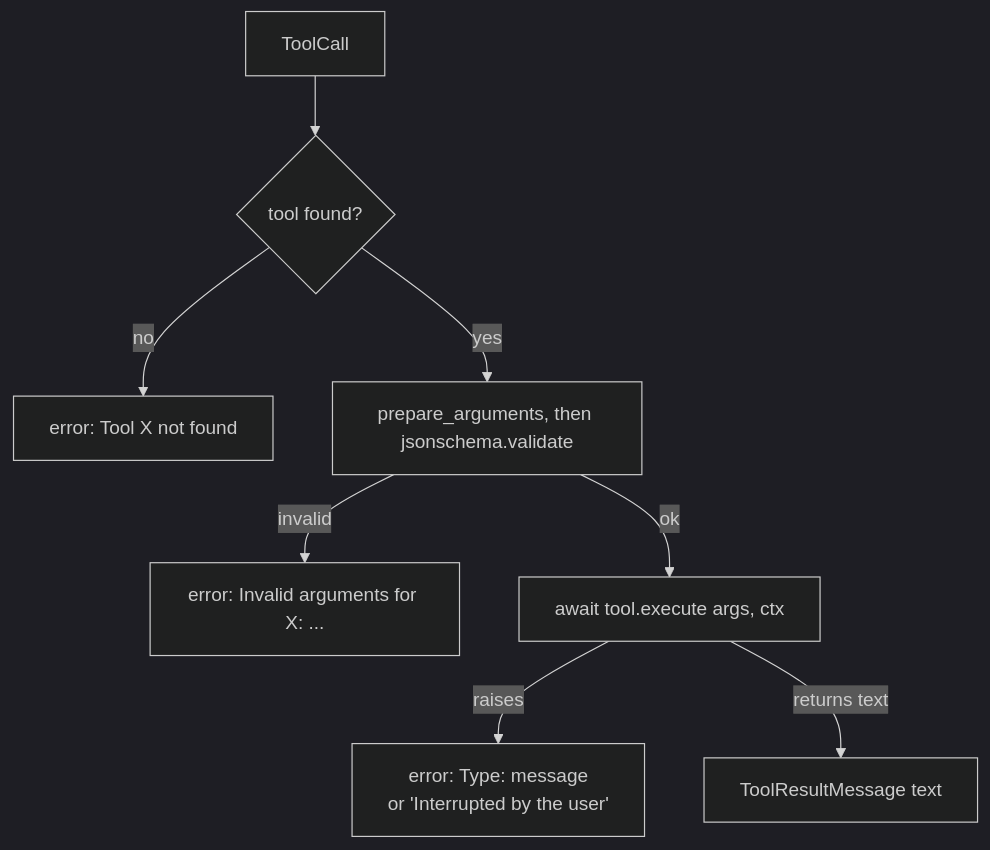
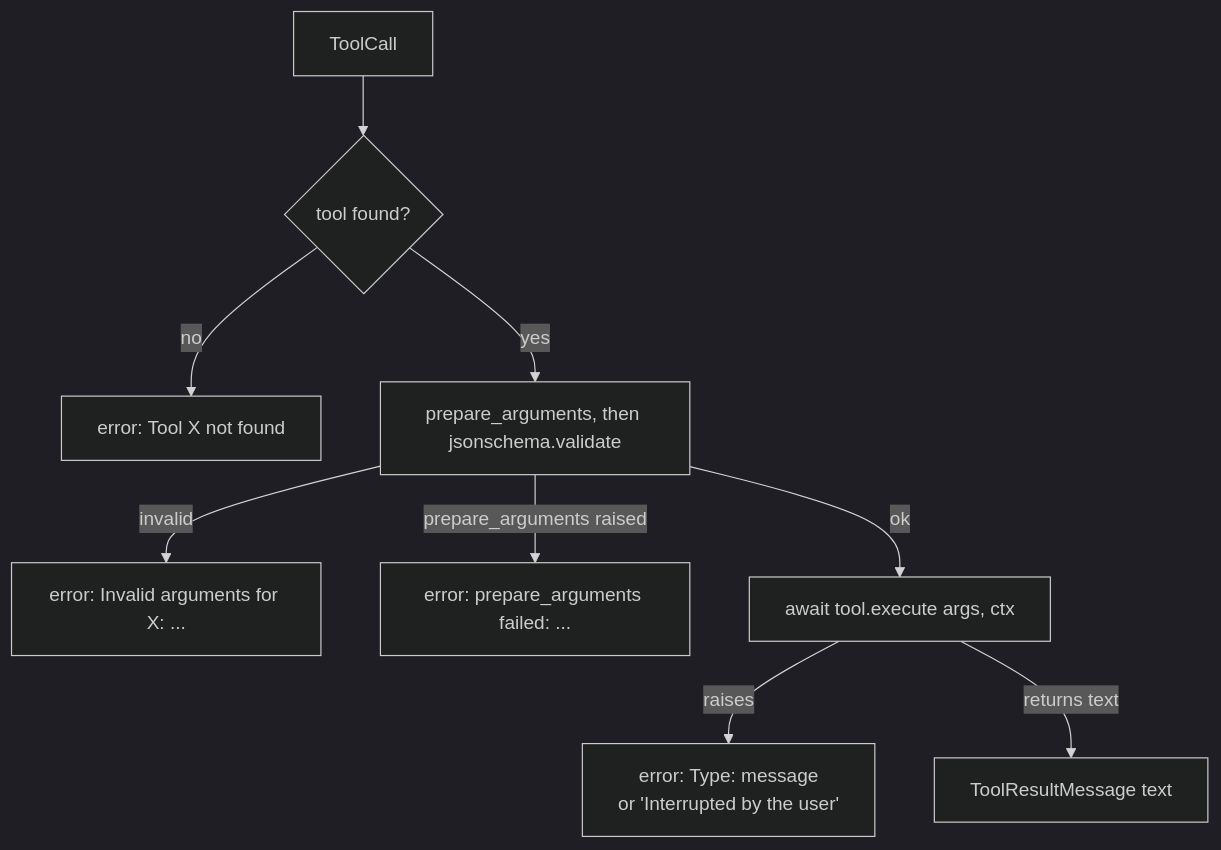
One commit to danhugo/simp-agent changed the third of 4 diagrams in docs/guidebook/05-agent-loop.md. Above: the diagram before and after it, drawn with Mermaid (dark theme). The commit also changed other lines of this file and 2 other files, not shown here.

Commit message:
guidebook ch05: fix message count, README example, run_tool/agent_loop names, abort check, diagram

````diff
--- a/docs/guidebook/05-agent-loop.md
+++ b/docs/guidebook/05-agent-loop.md
@@ -280,10 +280,11 @@
 ```mermaid
 flowchart TD
     A[ToolCall] --> B{tool found?}
     B -- no --> E1["error: Tool X not found"]
     B -- yes --> C[prepare_arguments, then jsonschema.validate]
     C -- invalid --> E2["error: Invalid arguments for X: ..."]
+    C -- prepare_arguments raised --> E4["error: prepare_arguments failed: ..."]
     C -- ok --> D[await tool.execute args, ctx]
     D -- raises --> E3["error: Type: message<br/>or 'Interrupted by the user'"]
     D -- returns text --> OK[ToolResultMessage text]
 ```
````
